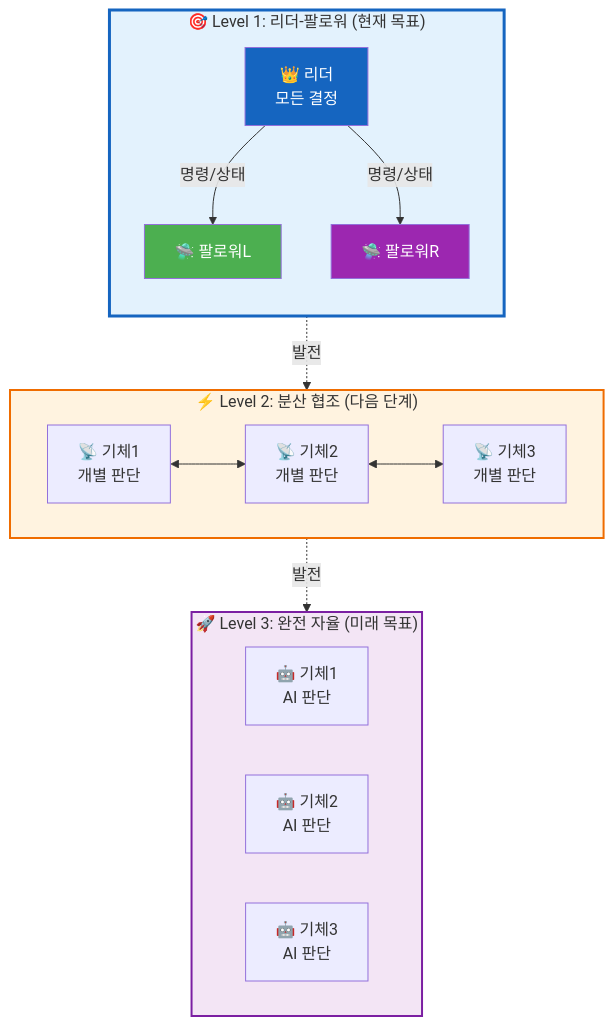
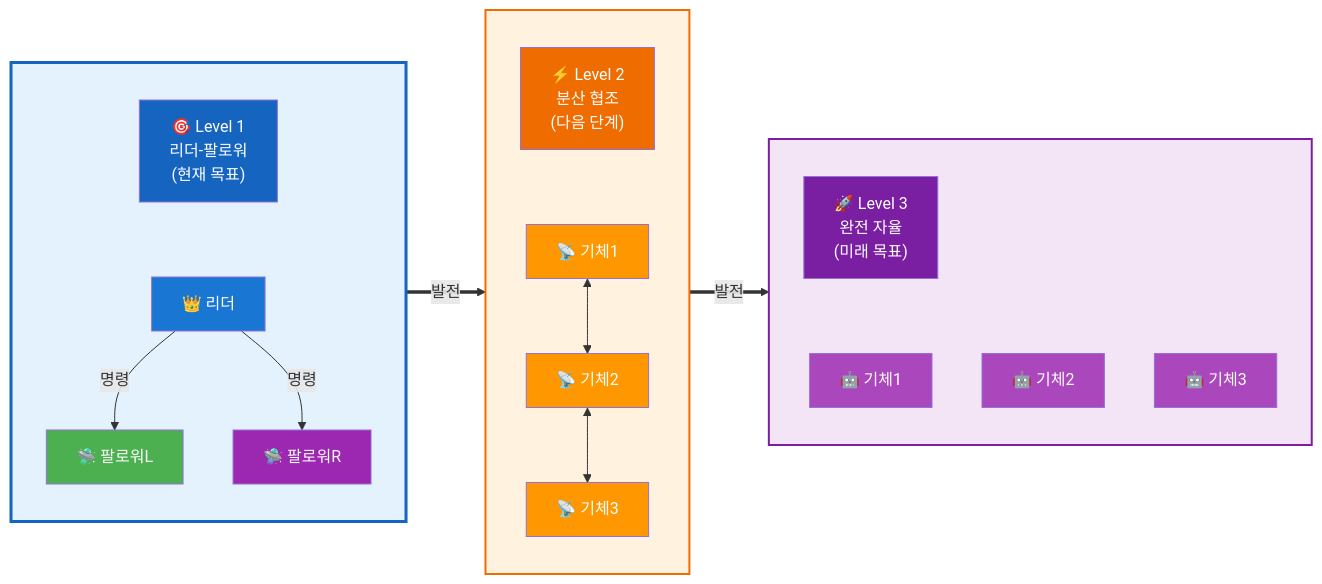
Before and after one commit to kiy0518/humiro_fire_suppression: the diagram in work-plan/001_PROJECT_MASTER_PLAN.md, drawn with Mermaid.

Commit message:
fix: Mermaid 다이어그램 레이아웃 개선 - 가로 배치로 변경

````diff
--- a/work-plan/001_PROJECT_MASTER_PLAN.md
+++ b/work-plan/001_PROJECT_MASTER_PLAN.md
@@ -11,36 +11,50 @@
 ```mermaid
-graph TB
-    subgraph Level3["🚀 Level 3: 완전 자율 (미래 목표)"]
-        direction LR
-        D1_L3["🤖 기체1<br/>AI 판단"]
-        D2_L3["🤖 기체2<br/>AI 판단"]
-        D3_L3["🤖 기체3<br/>AI 판단"]
+graph LR
+    subgraph L1[" "]
+        direction TB
+        L1_title["🎯 Level 1<br/>리더-팔로워<br/>(현재 목표)"]
+        Leader["👑 리더"]
+        F1["🛸 팔로워L"]
+        F2["🛸 팔로워R"]
+        L1_title ~~~ Leader
+        Leader -->|명령| F1
+        Leader -->|명령| F2
     end
 
-    subgraph Level2["⚡ Level 2: 분산 협조 (다음 단계)"]
-        direction LR
-        D1_L2["📡 기체1<br/>개별 판단"]
-        D2_L2["📡 기체2<br/>개별 판단"]
-        D3_L2["📡 기체3<br/>개별 판단"]
-        D1_L2 <--> D2_L2 <--> D3_L2
+    subgraph L2[" "]
+        direction TB
+        L2_title["⚡ Level 2<br/>분산 협조<br/>(다음 단계)"]
+        D1["📡 기체1"]
+        D2["📡 기체2"]
+        D3["📡 기체3"]
+        L2_title ~~~ D1
+        D1 <--> D2 <--> D3
     end
 
-    subgraph Level1["🎯 Level 1: 리더-팔로워 (현재 목표)"]
+    subgraph L3[" "]
         direction TB
-        Leader["👑 리더<br/>모든 결정"]
-        F1["🛸 팔로워L"]
-        F2["🛸 팔로워R"]
-        Leader -->|명령/상태| F1
-        Leader -->|명령/상태| F2
+        L3_title["🚀 Level 3<br/>완전 자율<br/>(미래 목표)"]
+        A1["🤖 기체1"]
+        A2["🤖 기체2"]
+        A3["🤖 기체3"]
+        L3_title ~~~ A1
     end
 
-    Level1 -.->|발전| Level2
-    Level2 -.->|발전| Level3
+    L1 ==>|발전| L2 ==>|발전| L3
 
-    style Level1 fill:#e3f2fd,stroke:#1565c0,stroke-width:3px
-    style Level2 fill:#fff3e0,stroke:#ef6c00,stroke-width:2px
-    style Level3 fill:#f3e5f5,stroke:#7b1fa2,stroke-width:2px
-    style Leader fill:#1565c0,color:#fff
+    style L1 fill:#e3f2fd,stroke:#1565c0,stroke-width:3px
+    style L2 fill:#fff3e0,stroke:#ef6c00,stroke-width:2px
+    style L3 fill:#f3e5f5,stroke:#7b1fa2,stroke-width:2px
+    style L1_title fill:#1565c0,color:#fff
+    style L2_title fill:#ef6c00,color:#fff
+    style L3_title fill:#7b1fa2,color:#fff
+    style Leader fill:#1976d2,color:#fff
     style F1 fill:#4caf50,color:#fff
     style F2 fill:#9c27b0,color:#fff
+    style D1 fill:#ff9800,color:#fff
+    style D2 fill:#ff9800,color:#fff
+    style D3 fill:#ff9800,color:#fff
+    style A1 fill:#ab47bc,color:#fff
+    style A2 fill:#ab47bc,color:#fff
+    style A3 fill:#ab47bc,color:#fff
 ```
````
